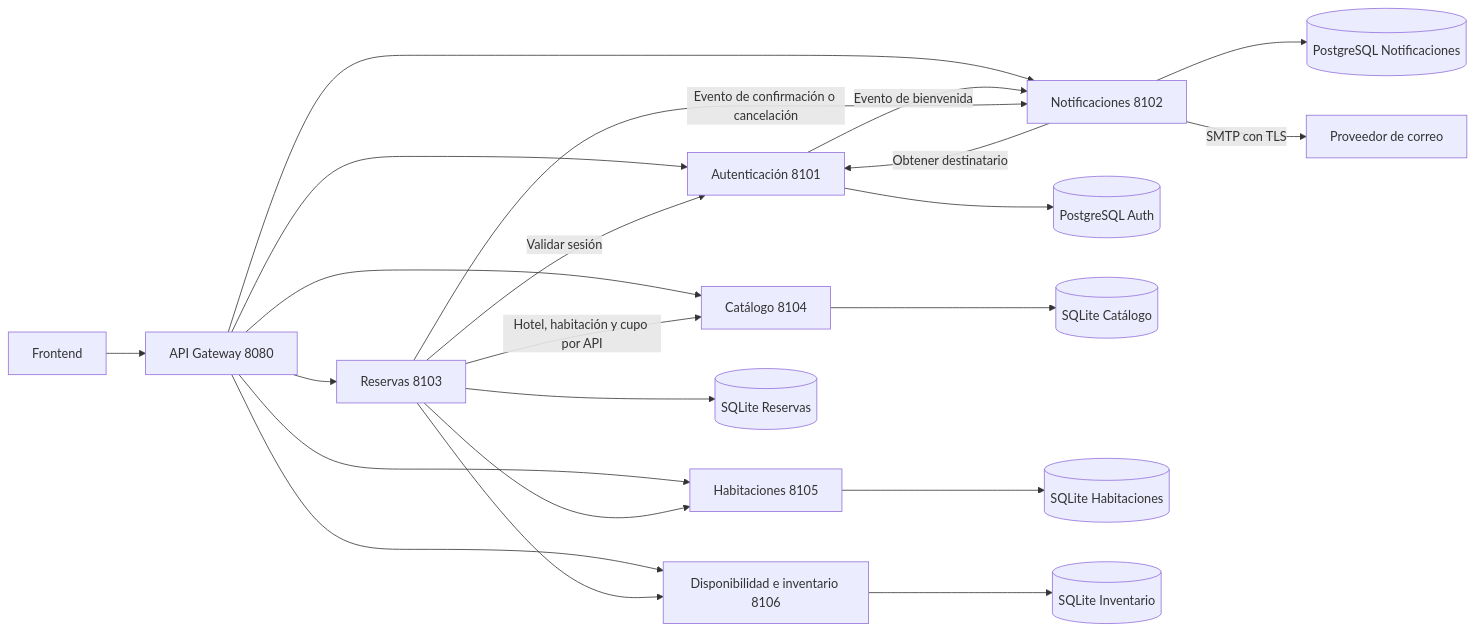
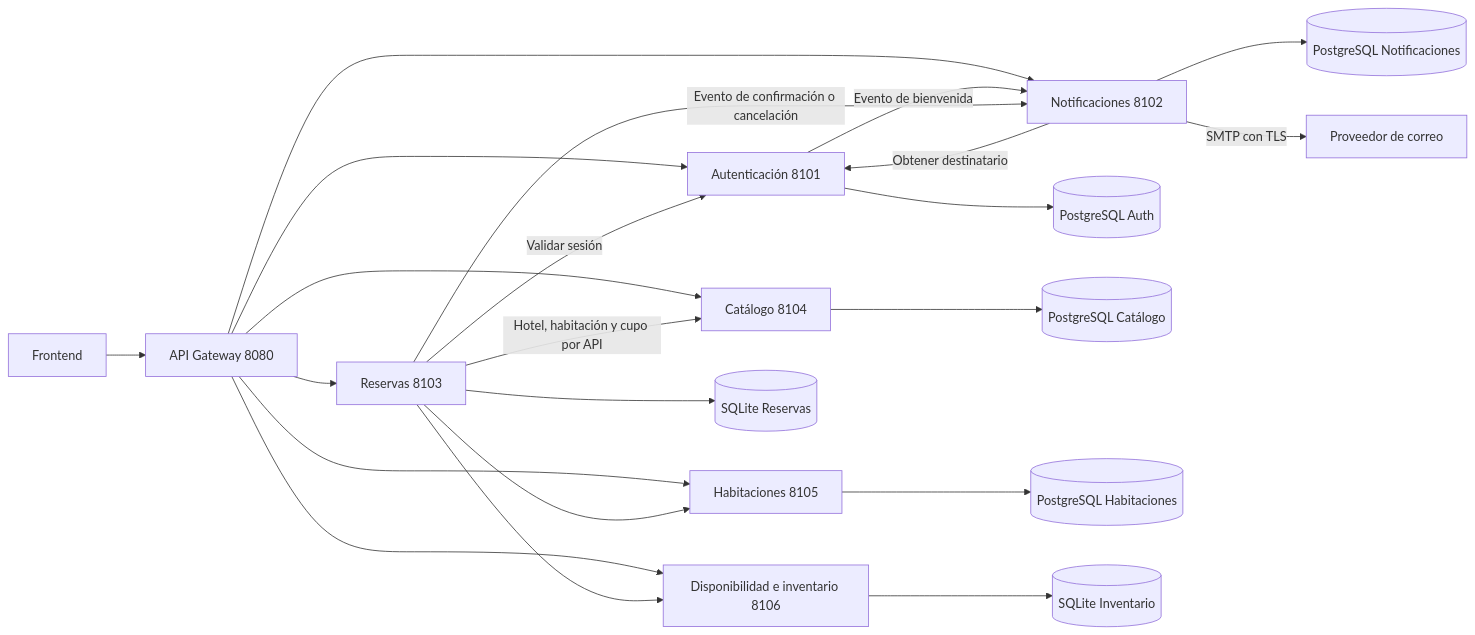
Before and after one commit to DodyCe/hotels: the diagram in README_CONTEXT.md, drawn with Mermaid. The commit also changed other lines of this file and 12 other files, not shown here.

First line of the commit message:
Migrar Catálogo y Habitaciones a Supabase independientes

````diff
--- a/README_CONTEXT.md
+++ b/README_CONTEXT.md
@@ -71,24 +71,24 @@
 ```mermaid
 flowchart LR
   F[Frontend] --> G[API Gateway 8080]
   G --> A[Autenticación 8101]
   G --> N[Notificaciones 8102]
   G --> R[Reservas 8103]
   G --> C[Catálogo 8104]
   G --> H[Habitaciones 8105]
   G --> I[Disponibilidad e inventario 8106]
   A --> DA[(PostgreSQL Auth)]
   N --> DN[(PostgreSQL Notificaciones)]
   R --> DR[(SQLite Reservas)]
-  C --> DC[(SQLite Catálogo)]
-  H --> DH[(SQLite Habitaciones)]
+  C --> DC[(PostgreSQL Catálogo)]
+  H --> DH[(PostgreSQL Habitaciones)]
   I --> DI[(SQLite Inventario)]
   R -->|Hotel, habitación y cupo por API| C
   R --> H
   R --> I
   R -->|Validar sesión| A
   A -->|Evento de bienvenida| N
   R -->|Evento de confirmación o cancelación| N
   N -->|Obtener destinatario| A
   N -->|SMTP con TLS| M[Proveedor de correo]
 ```
````
